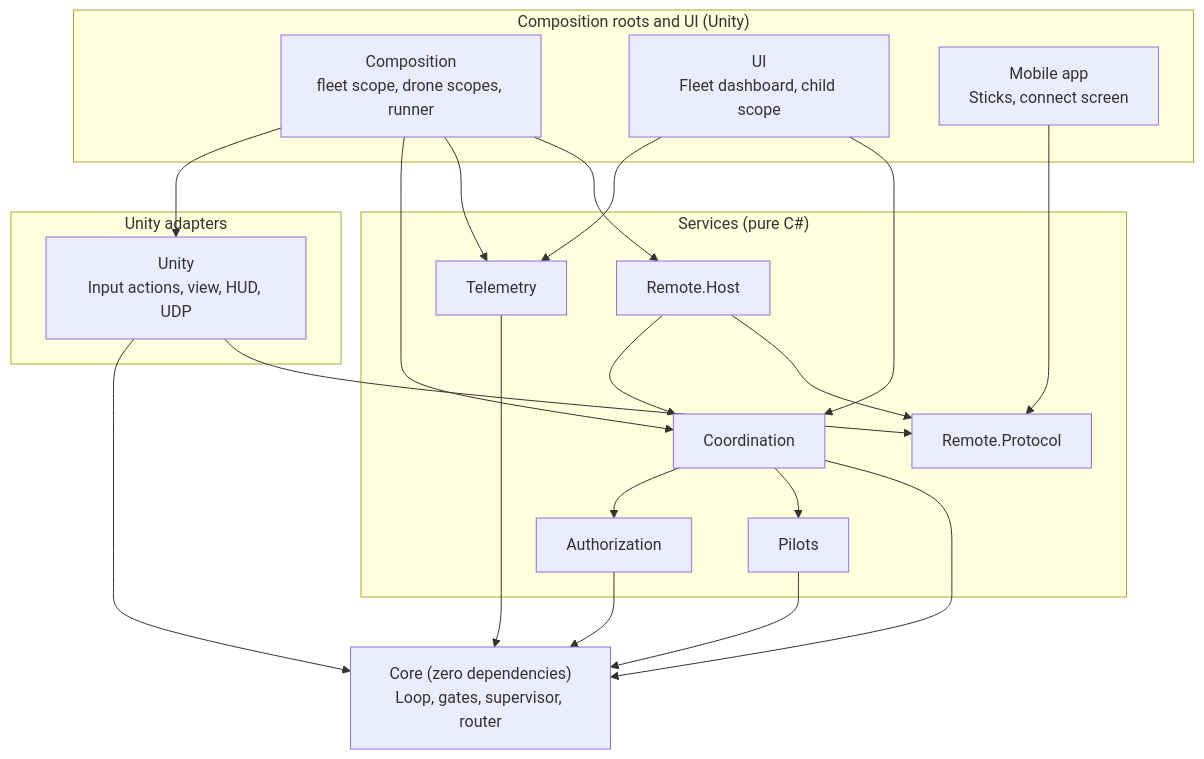
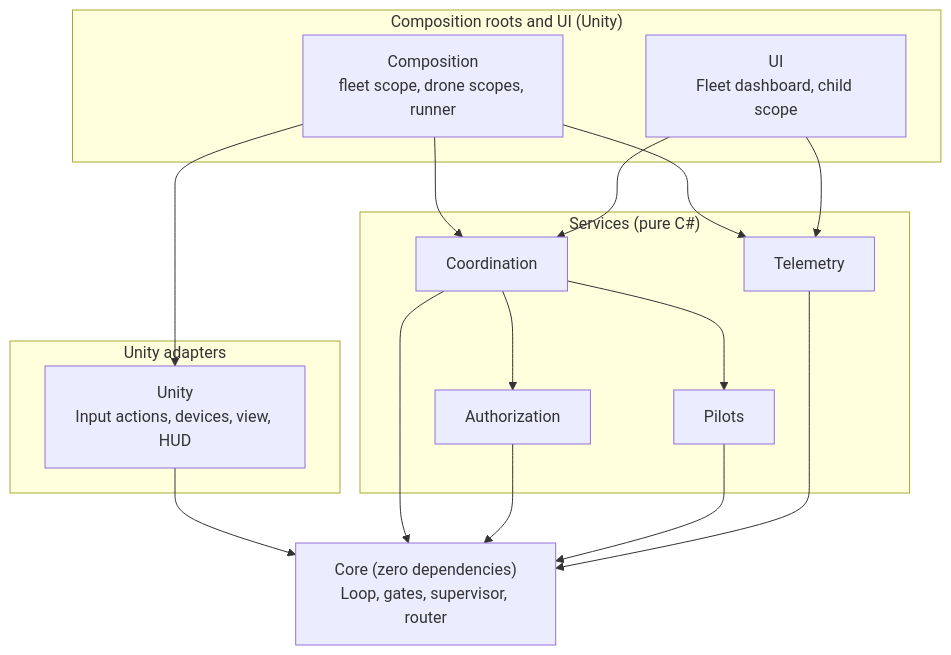
Before and after one commit to AlanKolic/DroneFlightModule: the first of 4 diagrams in Docs/Architecture.md, drawn with Mermaid. The commit also changed other lines of this file and 64 other files, not shown here.

````diff
--- a/Docs/Architecture.md
+++ b/Docs/Architecture.md
@@ -23,30 +23,25 @@
 ```mermaid
 flowchart TB
     subgraph Roots["Composition roots and UI (Unity)"]
         Comp["Composition<br/>fleet scope, drone scopes, runner"]
         UI["UI<br/>Fleet dashboard, child scope"]
-        Mobile["Mobile app<br/>Sticks, connect screen"]
     end
     subgraph Adapters["Unity adapters"]
-        Unity["Unity<br/>Input actions, view, HUD, UDP"]
+        Unity["Unity<br/>Input actions, devices, view, HUD"]
     end
     subgraph Services["Services (pure C#)"]
         Coord["Coordination"]
         Auth["Authorization"]
         Pilots["Pilots"]
         Tele["Telemetry"]
-        Host["Remote.Host"]
-        Proto["Remote.Protocol"]
     end
     Core["Core (zero dependencies)<br/>Loop, gates, supervisor, router"]
 
-    Comp --> Unity & Coord & Tele & Host
+    Comp --> Unity & Coord & Tele
     UI --> Tele & Coord
-    Mobile --> Proto
-    Unity --> Core & Proto
+    Unity --> Core
     Coord --> Auth & Pilots & Core
     Auth --> Core
     Pilots --> Core
     Tele --> Core
-    Host --> Coord & Proto
 ```
````
